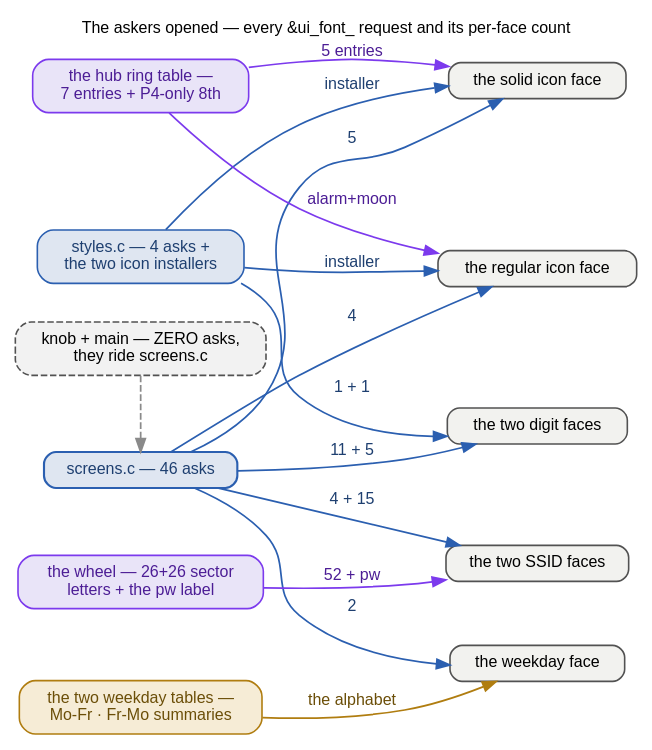
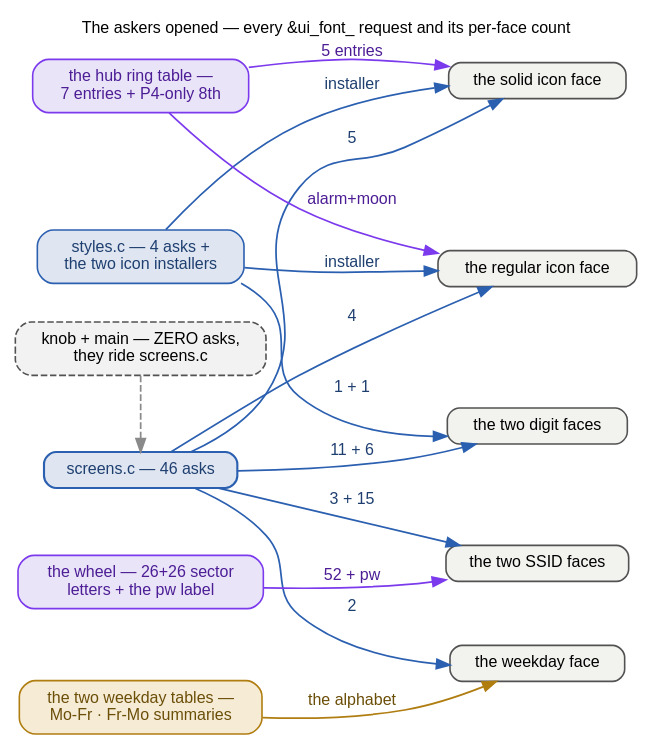
The diagram in docs/_graphs/type-family-asks.dot (ukos-git/moon-clock-esp), drawn with Graphviz before and after one commit. The commit also changed 32 other files, not shown here.

```diff
--- a/docs/_graphs/type-family-asks.dot
+++ b/docs/_graphs/type-family-asks.dot
@@ -1,54 +1,54 @@
 // THE ASKERS opened: a repo-wide grep for &ui_font_ hits EXACTLY two
 // files — screens.c (46 references) and styles.c (4) — plus the
 // consumers that live INSIDE screens.c (the wheel, the hub ring, the
 // two weekday tables). The knob's and main's sources ask NOTHING
 // directly; they ride screens.c. Edge counts are parsed at figure
 // time by docs/tools/gen_perf_glyphs.py; face-group names match
 // type-family-faces.dot. The askers in black boxes are
 // docs/_graphs/type-family.dot (this page). FONTS: 12 pt = the page's
 // 16 px body text at 1:1 — kept inside the content column.
 // Rendered inline as SVG by sphinx.ext.graphviz (dot on PATH).
 digraph type_family_asks {
     rankdir=LR;
     label="The askers opened — every &ui_font_ request and its per-face count";
     labelloc="t"; labeljust="c";
     fontname="Helvetica"; fontsize=12;
     graph [nodesep=0.4, ranksep=0.7];
     node [fontname="Helvetica", fontsize=12, shape=box, style="rounded,filled",
           width=0, height=0, margin="0.16,0.10", fillcolor="#f2f2ef",
           color="#525252", penwidth=1.2];
     edge [fontname="Helvetica", fontsize=12, color="#2b5fb0", fontcolor="#1e3f70", penwidth=1.3];
 
     screens [label="screens.c — 46 asks",
              fillcolor="#dfe6f1", color="#2b5fb0", fontcolor="#1e3f70", penwidth=1.6];
     styles [label="styles.c — 4 asks +\nthe two icon installers",
             fillcolor="#dfe6f1", color="#2b5fb0", fontcolor="#1e3f70"];
     wheel [label="the wheel — 26+26 sector\nletters + the pw label",
            fillcolor="#e9e4f8", color="#7c3aed", fontcolor="#4c1d95"];
     ring [label="the hub ring table —\n7 entries + P4-only 8th",
           fillcolor="#e9e4f8", color="#7c3aed", fontcolor="#4c1d95"];
     days [label="the two weekday tables —\nMo-Fr · Fr-Mo summaries",
           fillcolor="#f6ecd6", color="#b07d10", fontcolor="#6b4e08"];
     knobx [label="knob + main — ZERO asks,\nthey ride screens.c",
            style="rounded,filled,dashed", fillcolor="#f2f2f2"];
 
     g_digits [label="the two digit faces"];
     g_ssid [label="the two SSID faces"];
     g_range [label="the weekday face"];
     g_solid [label="the solid icon face"];
     g_regular [label="the regular icon face"];
 
-    screens -> g_digits [label="11 + 5"];
-    screens -> g_ssid [label="4 + 15"];
+    screens -> g_digits [label="11 + 6"];
+    screens -> g_ssid [label="3 + 15"];
     screens -> g_range [label="2"];
     screens -> g_solid [label="5"];
     screens -> g_regular [label="4"];
     styles -> g_digits [label="1 + 1"];
     styles -> g_solid [label="installer"];
     styles -> g_regular [label="installer"];
     wheel -> g_ssid [color="#7c3aed", fontcolor="#4c1d95", label="52 + pw"];
     ring -> g_solid [color="#7c3aed", fontcolor="#4c1d95", label="5 entries"];
     ring -> g_regular [color="#7c3aed", fontcolor="#4c1d95", label="alarm+moon"];
     days -> g_range [color="#b07d10", fontcolor="#6b4e08", label="the alphabet"];
     knobx -> screens [style=dashed, color="#8a8a8a", fontcolor="#374151", constraint=false];
 }
```
